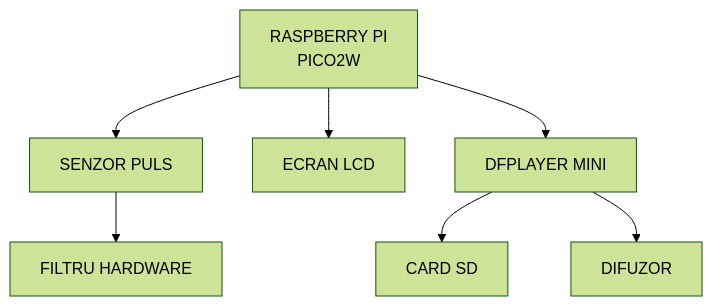
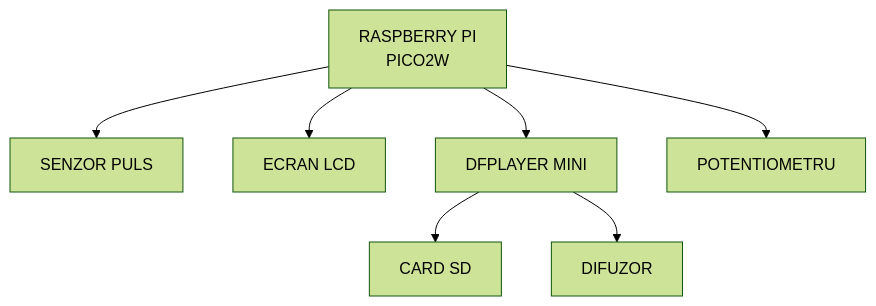
One commit to UPB-PMRust/website changed the diagram in website/versioned_docs/version-acs_cc/project/2025/alexia_andra.mihai/index.md. Above: the diagram before and after it, drawn with Mermaid (forest theme). The commit also changed other lines of this file and 5 other files, not shown here.

````diff
--- a/website/versioned_docs/version-acs_cc/project/2025/alexia_andra.mihai/index.md
+++ b/website/versioned_docs/version-acs_cc/project/2025/alexia_andra.mihai/index.md
@@ -25,20 +25,20 @@
 ```mermaid
 graph TD
     RASPBERRY_PI_PICO2W["RASPBERRY PI<br>PICO2W"]
 
     SENZOR_PULS["SENZOR PULS"]
-    FILTRU_HARDWARE["FILTRU HARDWARE"]
     ECRAN_LCD["ECRAN LCD"]
     DFPLAYER_MINI["DFPLAYER MINI"]
     CARD_SD["CARD SD"]
     DIFUZOR["DIFUZOR"]
+    POTENTIOMETRU["POTENTIOMETRU"]
 
     RASPBERRY_PI_PICO2W --> SENZOR_PULS
     RASPBERRY_PI_PICO2W --> ECRAN_LCD
     RASPBERRY_PI_PICO2W --> DFPLAYER_MINI
+    RASPBERRY_PI_PICO2W --> POTENTIOMETRU
 
-    SENZOR_PULS --> FILTRU_HARDWARE
 
     DFPLAYER_MINI --> CARD_SD
     DFPLAYER_MINI --> DIFUZOR
 ```
````
